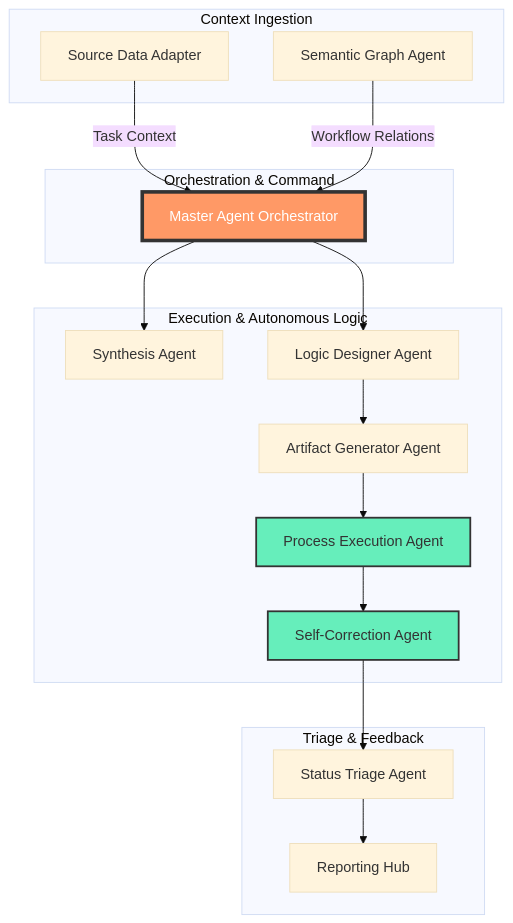
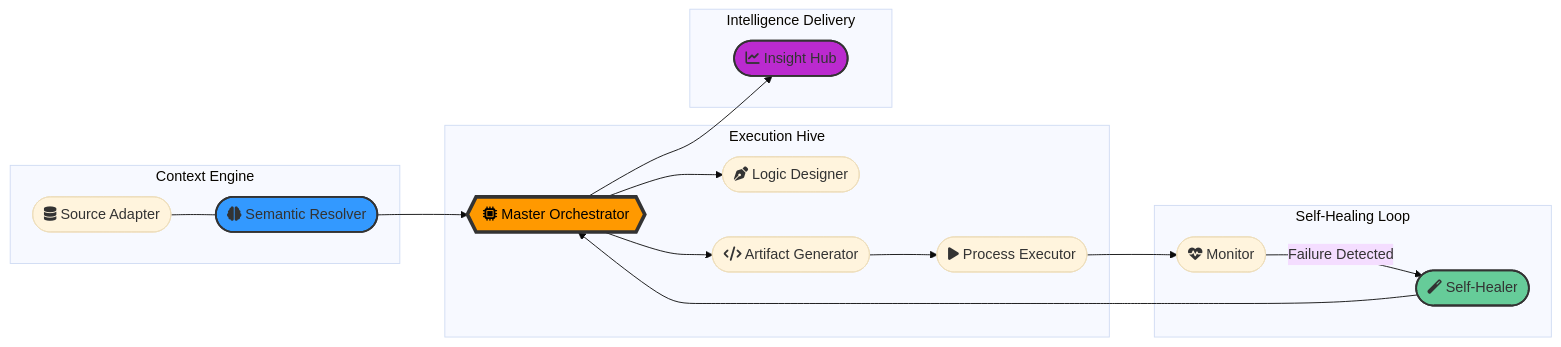
One commit to Srisrijakka1/Srisrijakka1 changed the diagram in README.md. Above: the diagram before and after it, drawn with Mermaid (base theme). The commit also changed other lines of this file, not shown here.

Commit message:
Refined Profile: Redesigned Neural Swarm diagram with LR layout and removed specific score metrics for enhanced aesthetics and privacy.

````diff
--- a/README.md
+++ b/README.md
@@ -25,28 +25,30 @@
 ```mermaid
-graph TD
-    subgraph "Orchestration & Command"
-        O[Master Agent Orchestrator]
+graph LR
+    subgraph "Context Engine"
+        C1(["fa:fa-database Source Adapter"]) --- C2(["fa:fa-brain Semantic Resolver"])
     end
 
-    subgraph "Context Ingestion"
-        A1[Source Data Adapter] -->|Task Context| O
-        A2[Semantic Graph Agent] -->|Workflow Relations| O
+    C2 --> O{{"fa:fa-microchip Master Orchestrator"}}
+
+    subgraph "Execution Hive"
+        O --> L1(["fa:fa-pen-nib Logic Designer"])
+        O --> L2(["fa:fa-code Artifact Generator"])
+        L2 --> E1(["fa:fa-play Process Executor"])
     end
 
-    subgraph "Execution & Autonomous Logic"
-        O --> A3[Synthesis Agent]
-        O --> A4[Logic Designer Agent]
-        A4 --> A5[Artifact Generator Agent]
-        A5 --> A6[Process Execution Agent]
-        A6 --> A7[Self-Correction Agent]
+    subgraph "Self-Healing Loop"
+        E1 --> H1(["fa:fa-heart-pulse Monitor"])
+        H1 -- "Failure Detected" --> H2(["fa:fa-magic Self-Healer"])
+        H2 --> O
     end
 
-    subgraph "Triage & Feedback"
-        A7 --> A8[Status Triage Agent]
-        A8 --> A9[Reporting Hub]
+    subgraph "Intelligence Delivery"
+        O --> R1(["fa:fa-chart-line Insight Hub"])
     end
 
-    style O fill:#f96,stroke:#333,stroke-width:4px,color:#fff
-    style A7 fill:#6eb,stroke:#333,stroke-width:2px
-    style A6 fill:#6eb,stroke:#333,stroke-width:2px
+    %% Styling
+    style O fill:#ff9900,stroke:#333,stroke-width:4px,color:#000
+    style H2 fill:#66cc99,stroke:#333,stroke-width:2px
+    style C2 fill:#3399ff,stroke:#333,stroke-width:2px
+    style R1 fill:#bb2acf,stroke:#333,stroke-width:2px
 ```
````
